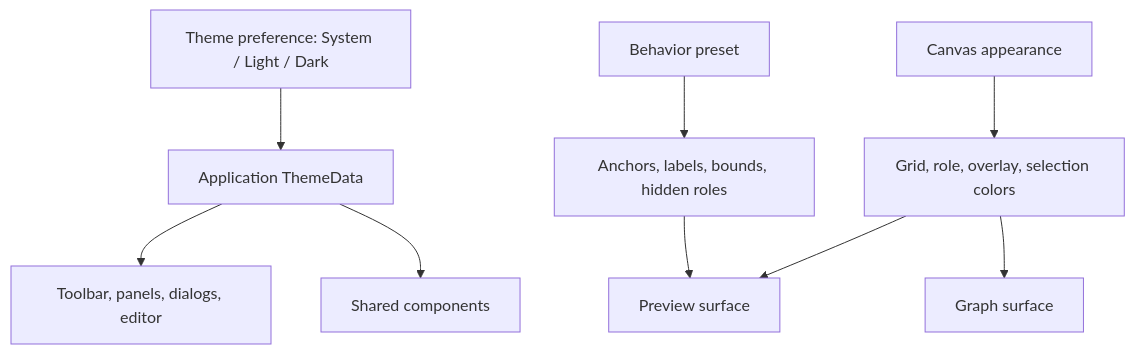
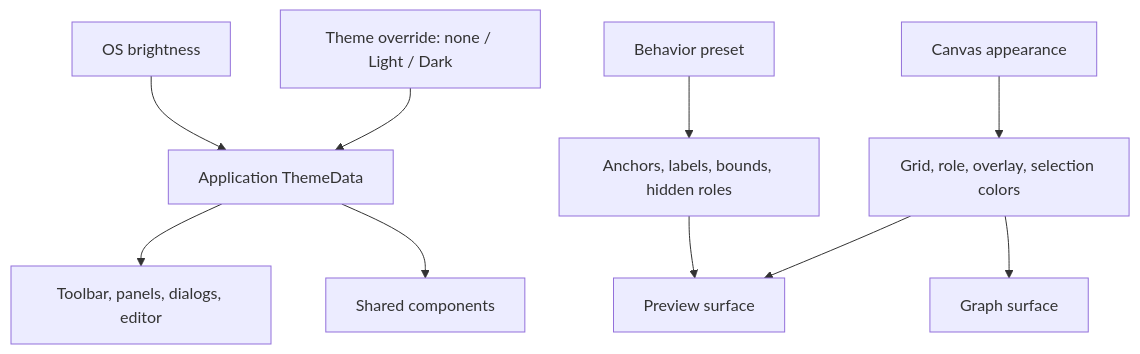
Before and after one commit to relgeo/flutter: the first of 2 diagrams in docs/plans/01-theme-and-modular-workbench.md, drawn with Mermaid. The commit also changed other lines of this file and 1 other file, not shown here.

Commit message:
docs: correct theme UX contract

````diff
--- a/docs/plans/01-theme-and-modular-workbench.md
+++ b/docs/plans/01-theme-and-modular-workbench.md
@@ -53,11 +57,12 @@
 ```mermaid
 flowchart TD
-  preference["Theme preference: System / Light / Dark"] --> appTheme["Application ThemeData"]
+  override["Theme override: none / Light / Dark"] --> appTheme["Application ThemeData"]
+  os["OS brightness"] --> appTheme
   appTheme --> chrome["Toolbar, panels, dialogs, editor"]
   appTheme --> shared["Shared components"]
   canvas["Canvas appearance"] --> canvasTokens["Grid, role, overlay, selection colors"]
   canvasTokens --> preview["Preview surface"]
 canvasTokens --> graphSurface["Graph surface"]
   behavior["Behavior preset"] --> overlays["Anchors, labels, bounds, hidden roles"]
   overlays --> preview
 ```
````
